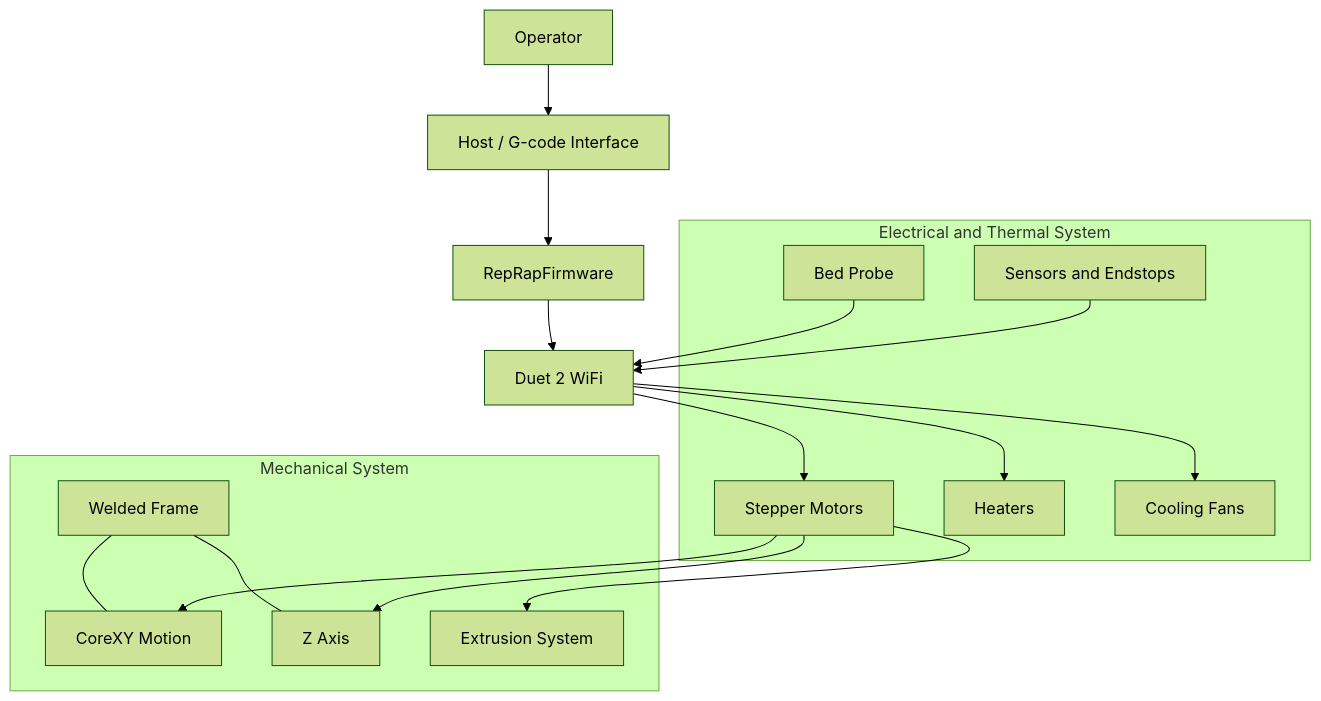
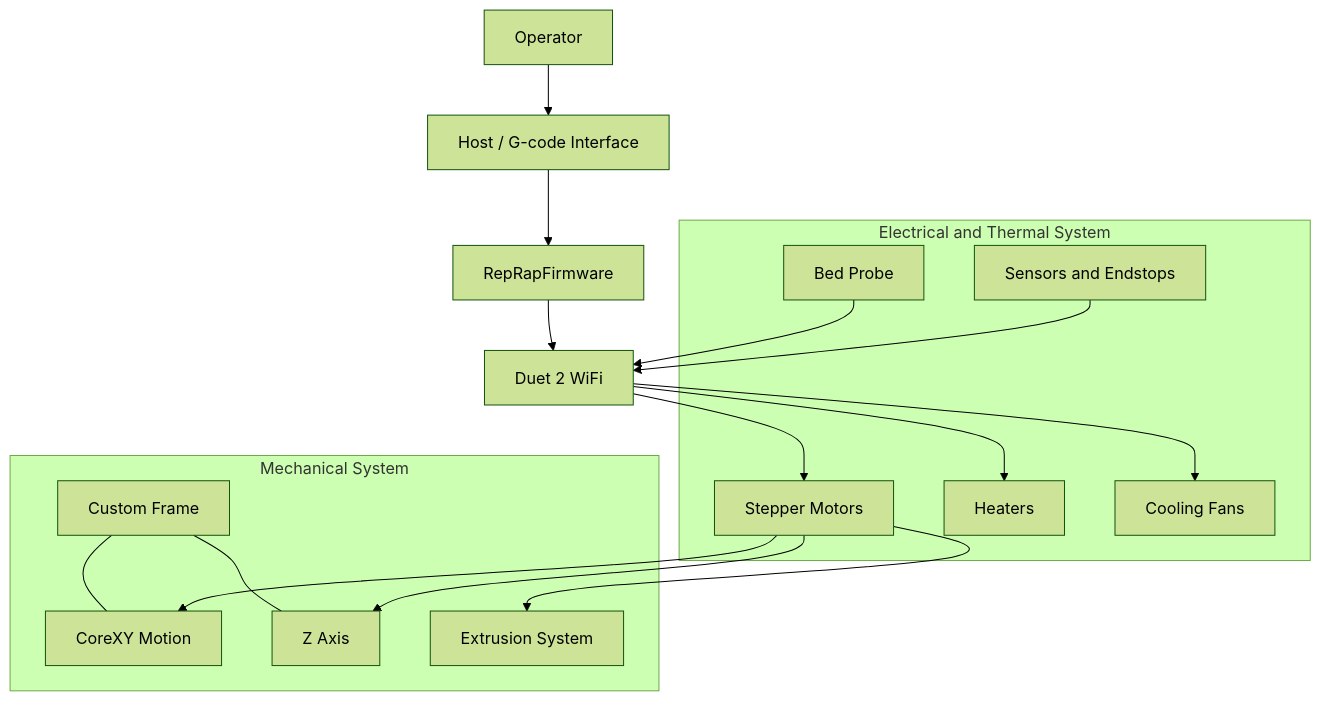
One commit to berend21/Project-3D-Printer changed the diagram in docs/system-architecture.md. Above: the diagram before and after it, drawn with Mermaid (forest theme). The commit also changed other lines of this file, not shown here.

````diff
--- a/docs/system-architecture.md
+++ b/docs/system-architecture.md
@@ -20,39 +20,39 @@
 ```mermaid
 flowchart TB
     USER["Operator"]
     HOST["Host / G-code Interface"]
     FW["RepRapFirmware"]
     CTRL["Duet 2 WiFi"]
 
     subgraph MECH["Mechanical System"]
-        FRAME["Welded Frame"]
+        FRAME["Custom Frame"]
         XY["CoreXY Motion"]
         Z["Z Axis"]
         EXT["Extrusion System"]
     end
 
     subgraph ELEC["Electrical and Thermal System"]
         MOT["Stepper Motors"]
         SENS["Sensors and Endstops"]
         HEAT["Heaters"]
         FAN["Cooling Fans"]
         PROBE["Bed Probe"]
     end
 
     USER --> HOST
     HOST --> FW
     FW --> CTRL
 
     CTRL --> MOT
     CTRL --> HEAT
     CTRL --> FAN
     SENS --> CTRL
     PROBE --> CTRL
 
     MOT --> XY
     MOT --> Z
     MOT --> EXT
 
     FRAME --- XY
     FRAME --- Z
 ```
````
